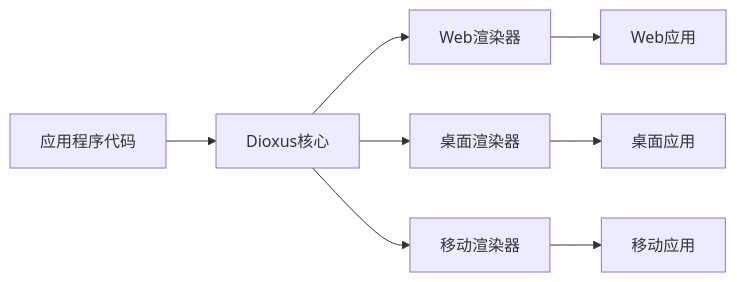
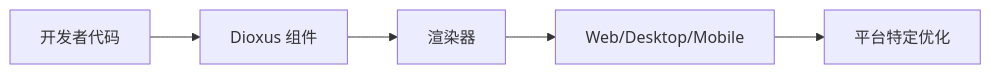
The fifth of 5 diagrams in reports/2026/01/2026-01-12.md (wayyoungboy/github-trending-reporter), drawn with Mermaid before and after one commit. The commit also changed other lines of this file and 1 other file, not shown here.

````diff
--- a/reports/2026/01/2026-01-12.md
+++ b/reports/2026/01/2026-01-12.md
@@ -267,10 +264,7 @@
 ```mermaid
 graph LR
-    A[应用程序代码] --> B[Dioxus核心]
-    B --> C[Web渲染器]
-    B --> D[桌面渲染器]
-    B --> E[移动渲染器]
-    C --> F[Web应用]
-    D --> G[桌面应用]
-    E --> H[移动应用]
+    A[开发者代码] --> B[Dioxus 组件]
+    B --> C[渲染器]
+    C --> D[Web/Desktop/Mobile]
+    D --> E[平台特定优化]
 ```
````
